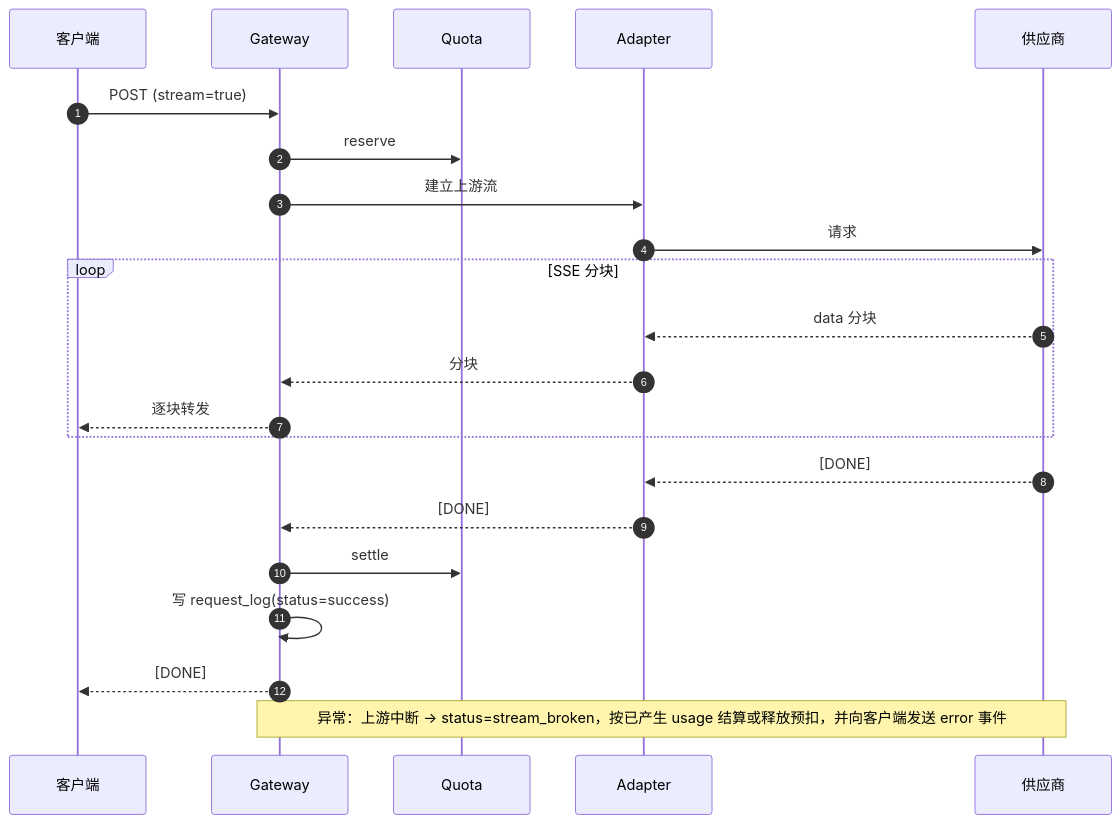
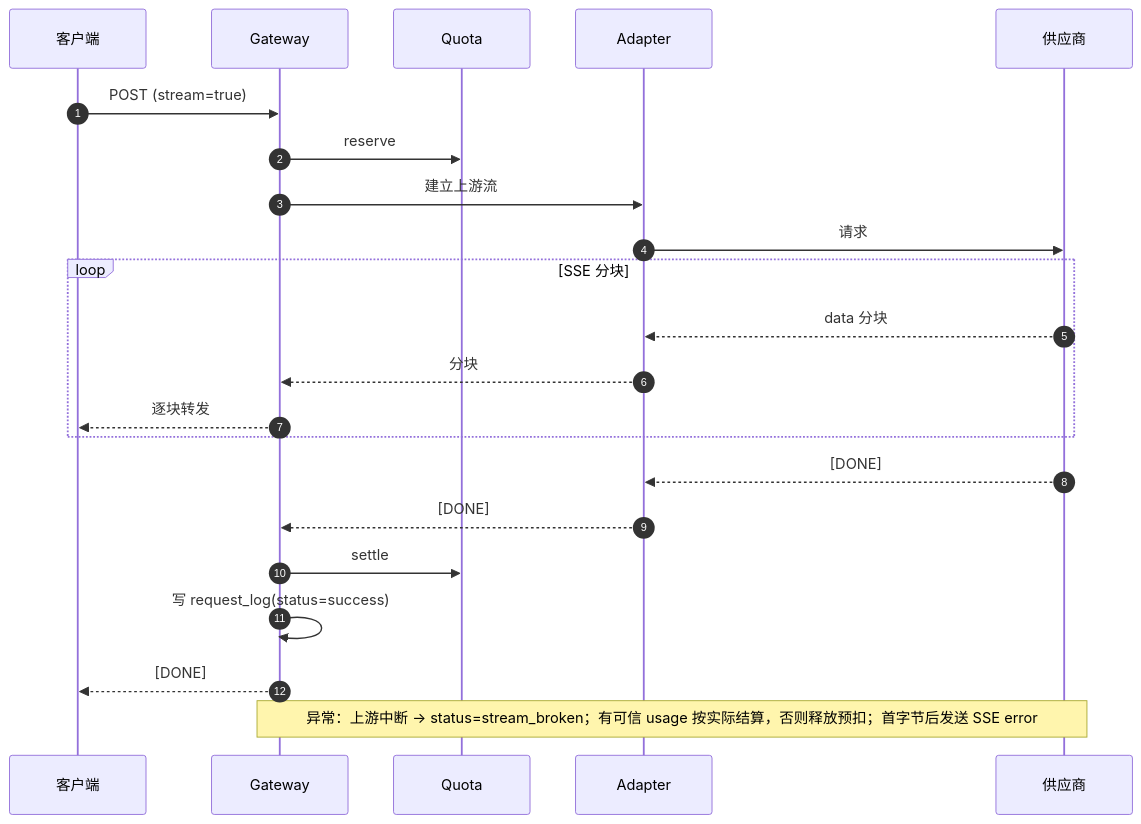
Before and after one commit to hchw/slogan: the fourth of 8 diagrams in docs/design-openai-gateway.md, drawn with Mermaid. The commit also changed other lines of this file and 126 other files, not shown here.

````diff
--- a/docs/design-openai-gateway.md
+++ b/docs/design-openai-gateway.md
@@ -654,24 +662,24 @@
 ```mermaid
 sequenceDiagram
     autonumber
     participant C as 客户端
     participant G as Gateway
     participant Q as Quota
     participant P as Adapter
     participant U as 供应商
     C->>G: POST (stream=true)
     G->>Q: reserve
     G->>P: 建立上游流
     P->>U: 请求
     loop SSE 分块
         U-->>P: data 分块
         P-->>G: 分块
         G-->>C: 逐块转发
     end
     U-->>P: [DONE]
     P-->>G: [DONE]
     G->>Q: settle
     G->>G: 写 request_log(status=success)
     G-->>C: [DONE]
-    Note over G,U: 异常：上游中断 -> status=stream_broken，按已产生 usage 结算或释放预扣，并向客户端发送 error 事件
+    Note over G,U: 异常：上游中断 -> status=stream_broken；有可信 usage 按实际结算，否则释放预扣；首字节后发送 SSE error
 ```
````
